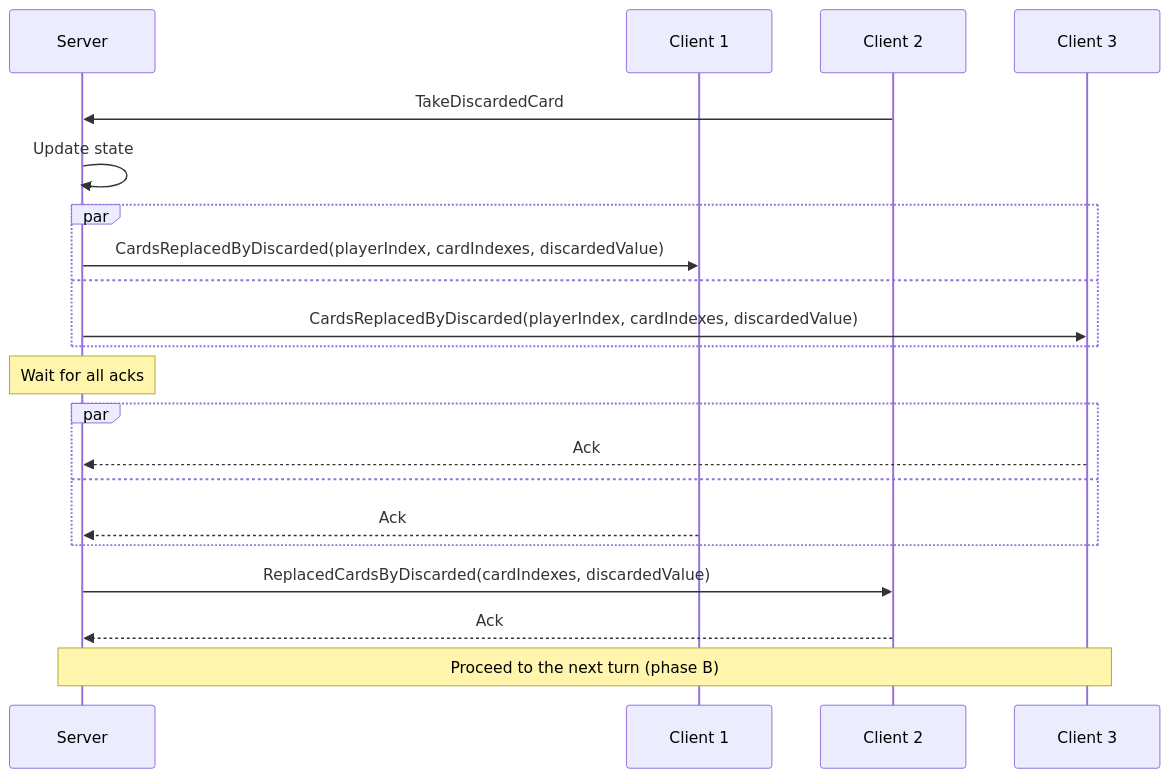
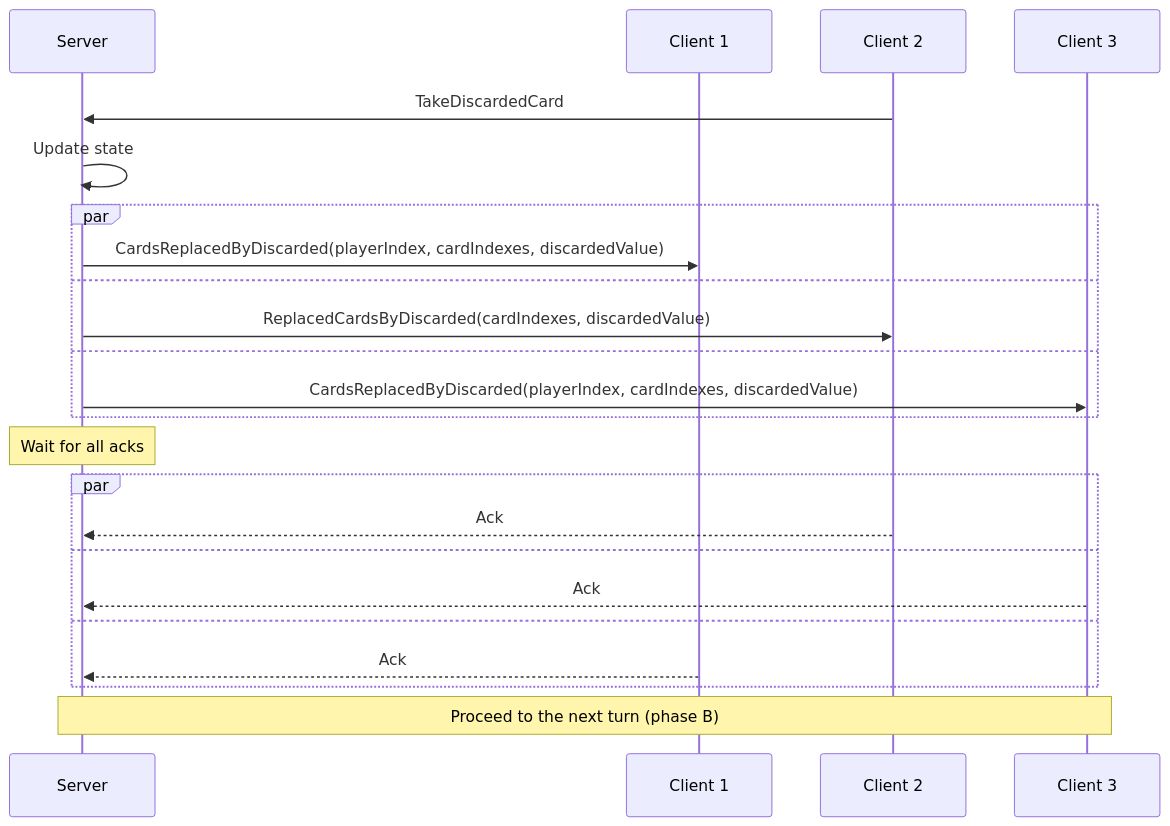
One commit to roman-zubarevich/another changed diagram 15 of 15 in README.md. Above: the diagram before and after it, drawn with Mermaid. The commit also changed other lines of this file, not shown here.

Commit message:
adjust readme

````diff
--- a/README.md
+++ b/README.md
@@ -462,23 +464,25 @@
 ```mermaid
 sequenceDiagram
     participant S as Server
     participant C1 as Client 1
     participant C2 as Client 2
     participant C3 as Client 3
     C2->>S: TakeDiscardedCard
     S->>S: Update state
     par
         S->>C1: CardsReplacedByDiscarded(playerIndex, cardIndexes, discardedValue)
     and
+        S->>C2: ReplacedCardsByDiscarded(cardIndexes, discardedValue)
+    and
         S->>C3: CardsReplacedByDiscarded(playerIndex, cardIndexes, discardedValue)
     end
     Note over S: Wait for all acks
     par
+        C2-->>S: Ack
+    and
         C3-->>S: Ack
     and
         C1-->>S: Ack
     end
-    S->>C2: ReplacedCardsByDiscarded(cardIndexes, discardedValue)
-    C2-->>S: Ack
     Note over S,C3: Proceed to the next turn (phase B)
 ```
````
